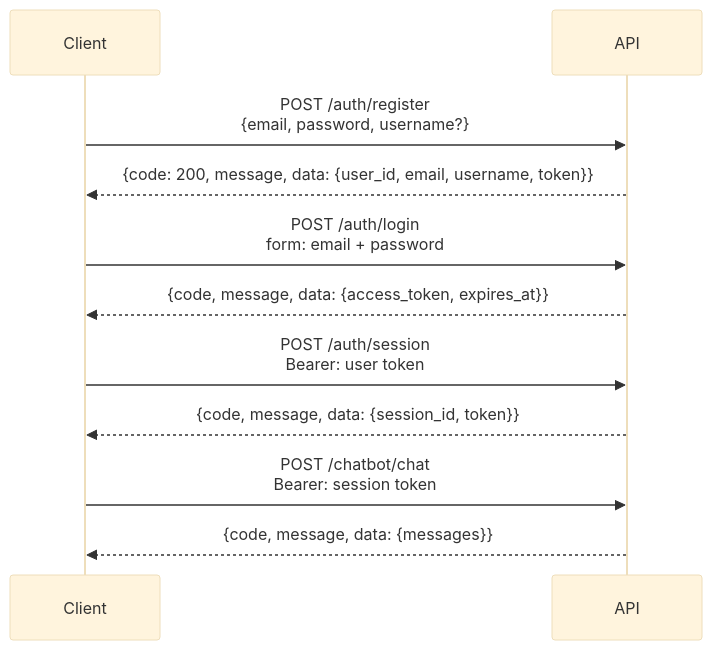
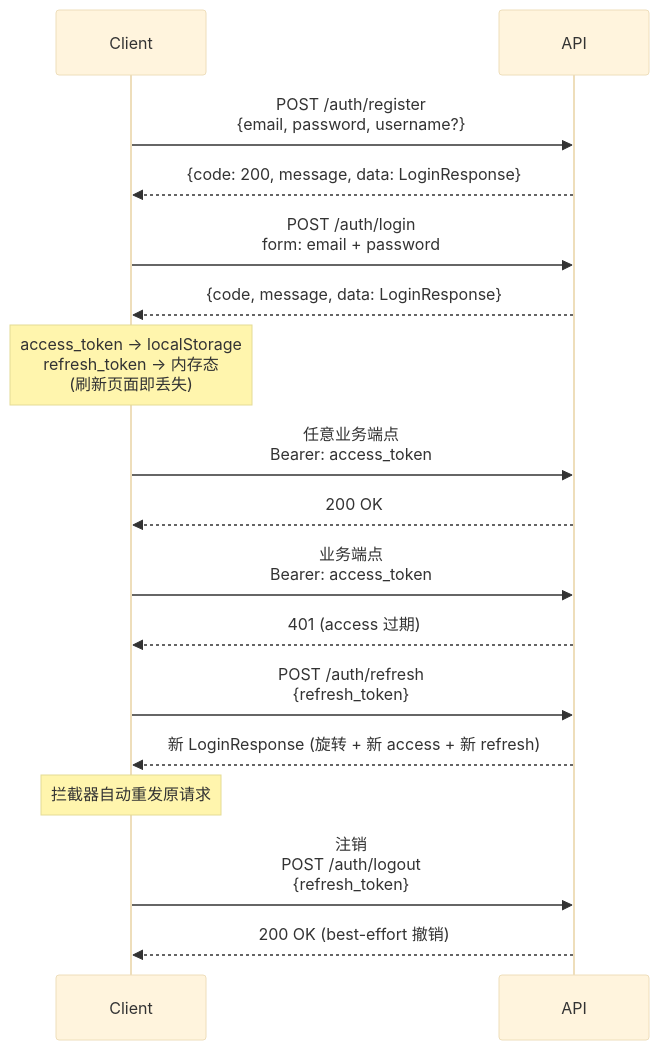
One commit to Karlsk/langgraph-deepagent-agent-paltform changed the diagram in docs/authentication.md. Above: the diagram before and after it, drawn with Mermaid (base theme). The commit also changed other lines of this file and 51 other files, not shown here.

First line of the commit message:
feat(auth): G1 Phase 1 single-layer user token + refresh token rotation

````diff
--- a/docs/authentication.md
+++ b/docs/authentication.md
@@ -5,17 +19,27 @@
 ```mermaid
 sequenceDiagram
     participant C as Client
     participant A as API
 
     C->>A: POST /auth/register<br/>{email, password, username?}
-    A-->>C: {code: 200, message, data: {user_id, email, username, token}}
+    A-->>C: {code: 200, message, data: LoginResponse}
 
     C->>A: POST /auth/login<br/>form: email + password
-    A-->>C: {code, message, data: {access_token, expires_at}}
+    A-->>C: {code, message, data: LoginResponse}
 
-    C->>A: POST /auth/session<br/>Bearer: user token
-    A-->>C: {code, message, data: {session_id, token}}
+    Note over C: access_token → localStorage<br/>refresh_token → 内存态<br/>(刷新页面即丢失)
 
-    C->>A: POST /chatbot/chat<br/>Bearer: session token
-    A-->>C: {code, message, data: {messages}}
+    C->>A: 任意业务端点<br/>Bearer: access_token
+    A-->>C: 200 OK
+
+    C->>A: 业务端点<br/>Bearer: access_token
+    A-->>C: 401 (access 过期)
+
+    C->>A: POST /auth/refresh<br/>{refresh_token}
+    A-->>C: 新 LoginResponse (旋转 + 新 access + 新 refresh)
+
+    Note over C: 拦截器自动重发原请求
+
+    C->>A: 注销<br/>POST /auth/logout<br/>{refresh_token}
+    A-->>C: 200 OK (best-effort 撤销)
 ```
````
